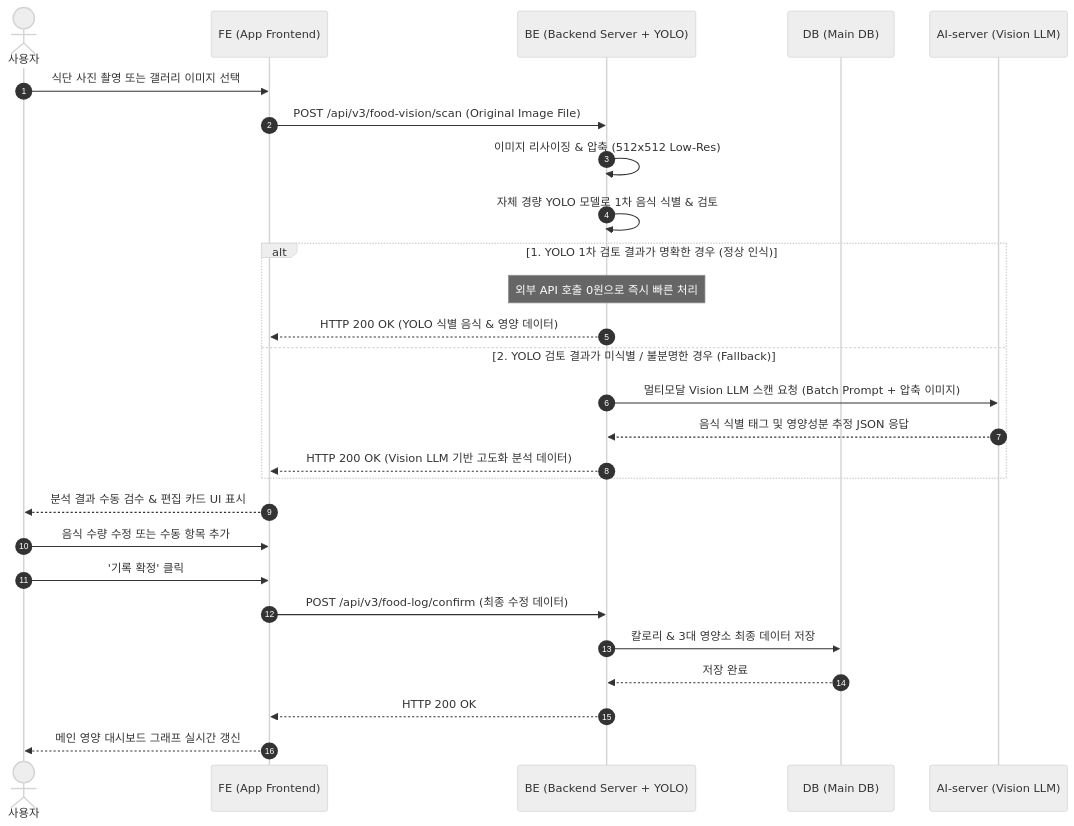
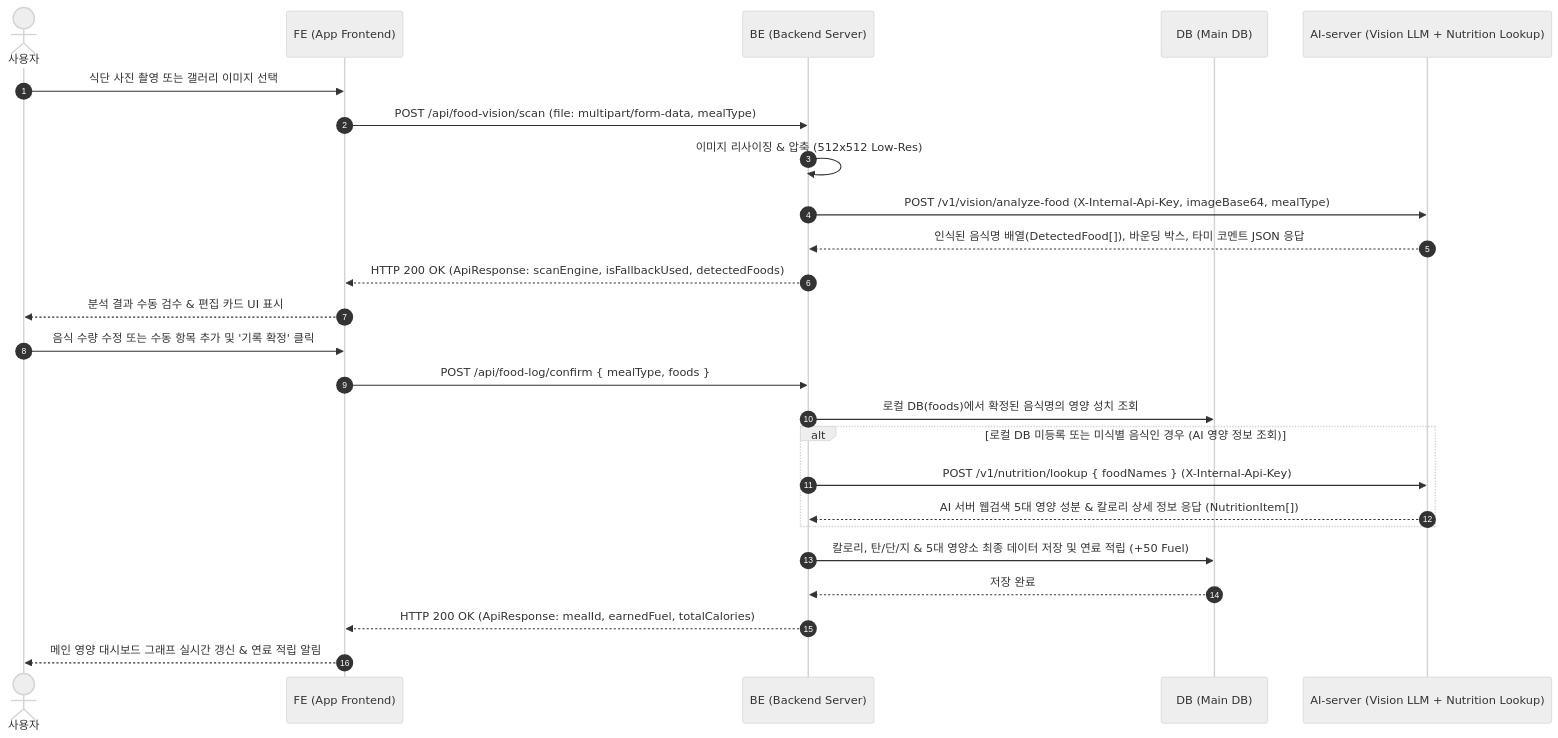
The third of 7 diagrams in docs/2. v3/4. Sequence Diagram.md (wooddang-gachon/NASA_backEnd), drawn with Mermaid (neutral theme) before and after one commit. The commit also changed other lines of this file and 123 other files, not shown here.

Commit message:
refactor: apply TypeDI field injection and add AI chat fallback mock

````diff
--- a/docs/2. v3/4. Sequence Diagram.md
+++ b/docs/2. v3/4. Sequence Diagram.md
@@ -71,32 +83,32 @@
 ```mermaid
 sequenceDiagram
     autonumber
     actor User as 사용자
     participant FE as FE (App Frontend)
-    participant BE as BE (Backend Server + YOLO)
+    participant BE as BE (Backend Server)
     participant DB as DB (Main DB)
-    participant AI as AI-server (Vision LLM)
+    participant AI as AI-server (Vision LLM + Nutrition Lookup)
 
     User->>FE: 식단 사진 촬영 또는 갤러리 이미지 선택
-    FE->>BE: POST /api/v3/food-vision/scan (Original Image File)
+    FE->>BE: POST /api/food-vision/scan (file: multipart/form-data, mealType)
     BE->>BE: 이미지 리사이징 & 압축 (512x512 Low-Res)
-    BE->>BE: 자체 경량 YOLO 모델로 1차 음식 식별 & 검토
-
-    alt 1. YOLO 1차 검토 결과가 명확한 경우 (정상 인식)
-        Note over BE: 외부 API 호출 0원으로 즉시 빠른 처리
-        BE-->>FE: HTTP 200 OK (YOLO 식별 음식 & 영양 데이터)
-    else 2. YOLO 검토 결과가 미식별 / 불분명한 경우 (Fallback)
-        BE->>AI: 멀티모달 Vision LLM 스캔 요청 (Batch Prompt + 압축 이미지)
-        AI-->>BE: 음식 식별 태그 및 영양성분 추정 JSON 응답
-        BE-->>FE: HTTP 200 OK (Vision LLM 기반 고도화 분석 데이터)
+    BE->>AI: POST /v1/vision/analyze-food (X-Internal-Api-Key, imageBase64, mealType)
+    AI-->>BE: 인식된 음식명 배열(DetectedFood[]), 바운딩 박스, 타미 코멘트 JSON 응답
+    
+    BE-->>FE: HTTP 200 OK (ApiResponse: scanEngine, isFallbackUsed, detectedFoods)
+    FE-->>User: 분석 결과 수동 검수 & 편집 카드 UI 표시
+    User->>FE: 음식 수량 수정 또는 수동 항목 추가 및 '기록 확정' 클릭
+    FE->>BE: POST /api/food-log/confirm { mealType, foods }
+    
+    BE->>DB: 로컬 DB(foods)에서 확정된 음식명의 영양 성치 조회
+    
+    alt 로컬 DB 미등록 또는 미식별 음식인 경우 (AI 영양 정보 조회)
+        BE->>AI: POST /v1/nutrition/lookup { foodNames } (X-Internal-Api-Key)
+        AI-->>BE: AI 서버 웹검색 5대 영양 성분 & 칼로리 상세 정보 응답 (NutritionItem[])
     end
     
-    FE-->>User: 분석 결과 수동 검수 & 편집 카드 UI 표시
-    User->>FE: 음식 수량 수정 또는 수동 항목 추가
-    User->>FE: '기록 확정' 클릭
-    FE->>BE: POST /api/v3/food-log/confirm (최종 수정 데이터)
-    BE->>DB: 칼로리 & 3대 영양소 최종 데이터 저장
+    BE->>DB: 칼로리, 탄/단/지 & 5대 영양소 최종 데이터 저장 및 연료 적립 (+50 Fuel)
     DB-->>BE: 저장 완료
-    BE-->>FE: HTTP 200 OK
-    FE-->>User: 메인 영양 대시보드 그래프 실시간 갱신
+    BE-->>FE: HTTP 200 OK (ApiResponse: mealId, earnedFuel, totalCalories)
+    FE-->>User: 메인 영양 대시보드 그래프 실시간 갱신 & 연료 적립 알림
 ```
````
